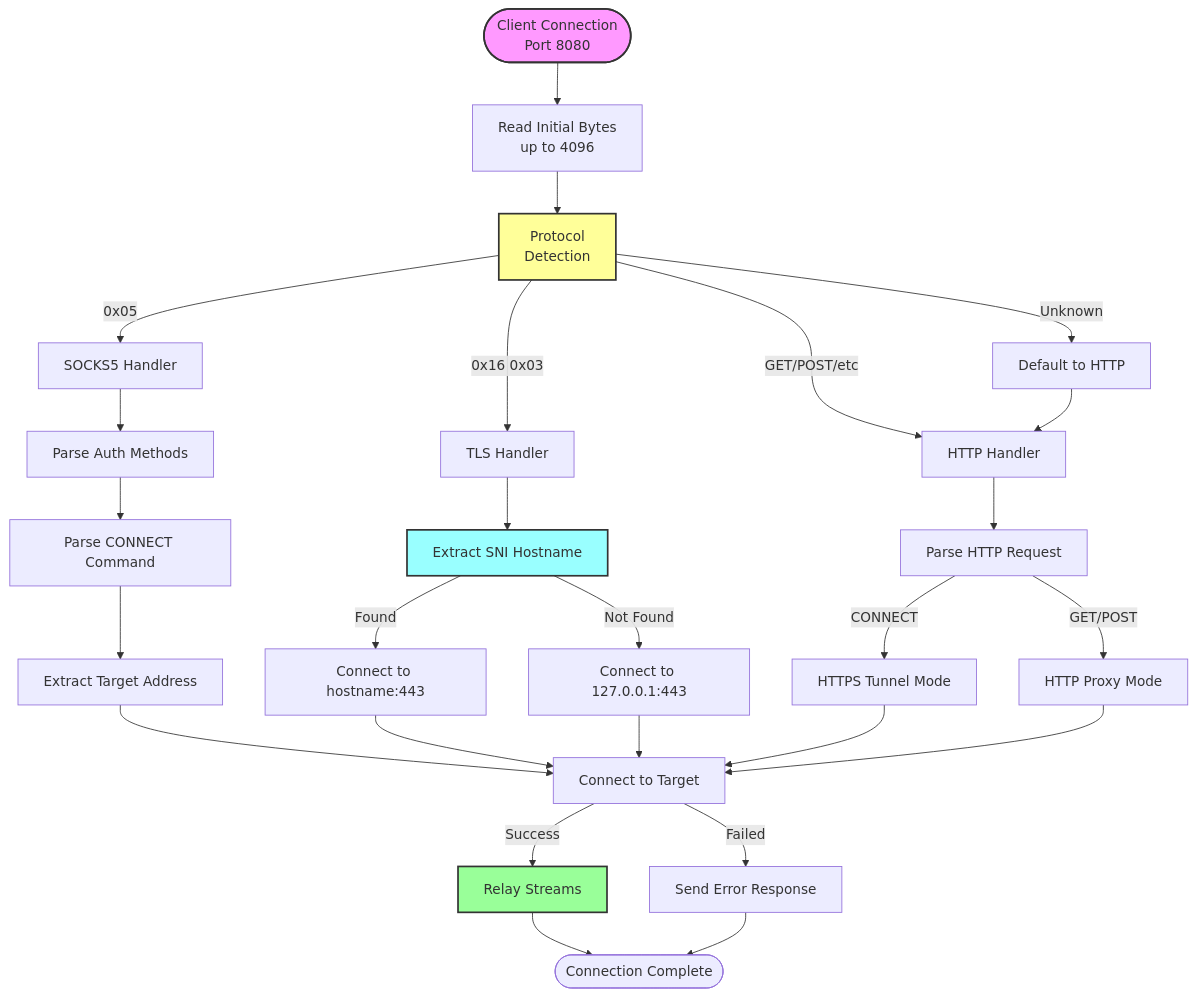
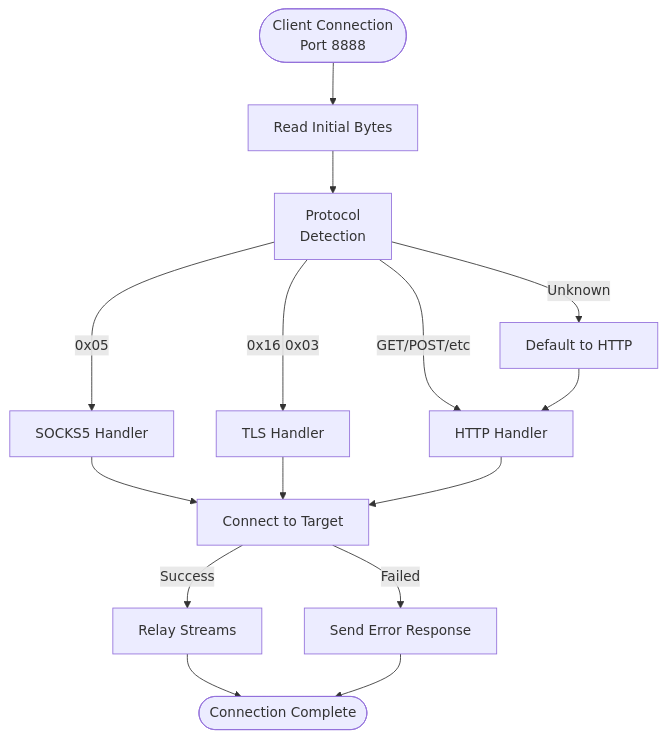
One commit to jnorthrup/literbike changed the diagram in README.md. Above: the diagram before and after it, drawn with Mermaid. The commit also changed other lines of this file and 5 other files, not shown here.

````diff
--- a/README.md
+++ b/README.md
@@ -443,44 +91,25 @@
 ```mermaid
 flowchart TD
-    Start([Client Connection<br/>Port 8080])
-    Read[Read Initial Bytes<br/>up to 4096]
+    Start([Client Connection<br/>Port 8888])
+    Read[Read Initial Bytes]
     Detect[Protocol<br/>Detection]
     
     Start --> Read
     Read --> Detect
     
     Detect -->|0x05| SOCKS5Handler[SOCKS5 Handler]
     Detect -->|0x16 0x03| TLSHandler[TLS Handler]
     Detect -->|GET/POST/etc| HTTPHandler[HTTP Handler]
     Detect -->|Unknown| DefaultHTTP[Default to HTTP] 
     
-    SOCKS5Handler --> SOCKS5Auth[Parse Auth Methods]
-    SOCKS5Auth --> SOCKS5Cmd[Parse CONNECT Command]
-    SOCKS5Cmd --> SOCKS5Target[Extract Target Address]
-    
-    TLSHandler --> SNIParse[Extract SNI Hostname]
-    SNIParse -->|Found| TLSConnect[Connect to hostname:443]
-    SNIParse -->|Not Found| TLSDefault[Connect to 127.0.0.1:443]
-    
-    HTTPHandler --> HTTPParse[Parse HTTP Request]
-    HTTPParse -->|CONNECT| HTTPTunnel[HTTPS Tunnel Mode]
-    HTTPParse -->|GET/POST| HTTPProxy[HTTP Proxy Mode]
-    
-    SOCKS5Target --> ConnectTarget[Connect to Target]
-    TLSConnect --> ConnectTarget
-    TLSDefault --> ConnectTarget
-    HTTPTunnel --> ConnectTarget
-    HTTPProxy --> ConnectTarget
+    SOCKS5Handler --> ConnectTarget[Connect to Target]
+    TLSHandler --> ConnectTarget
+    HTTPHandler --> ConnectTarget
     DefaultHTTP --> HTTPHandler
     
     ConnectTarget -->|Success| Relay[Relay Streams]
     ConnectTarget -->|Failed| Error[Send Error Response]
     
     Relay --> End([Connection Complete])
     Error --> End
-    
-    style Start fill:#f9f,stroke:#333,stroke-width:2px
-    style Detect fill:#ff9,stroke:#333,stroke-width:2px
-    style SNIParse fill:#9ff,stroke:#333,stroke-width:2px
-    style Relay fill:#9f9,stroke:#333,stroke-width:2px
 ```
````
